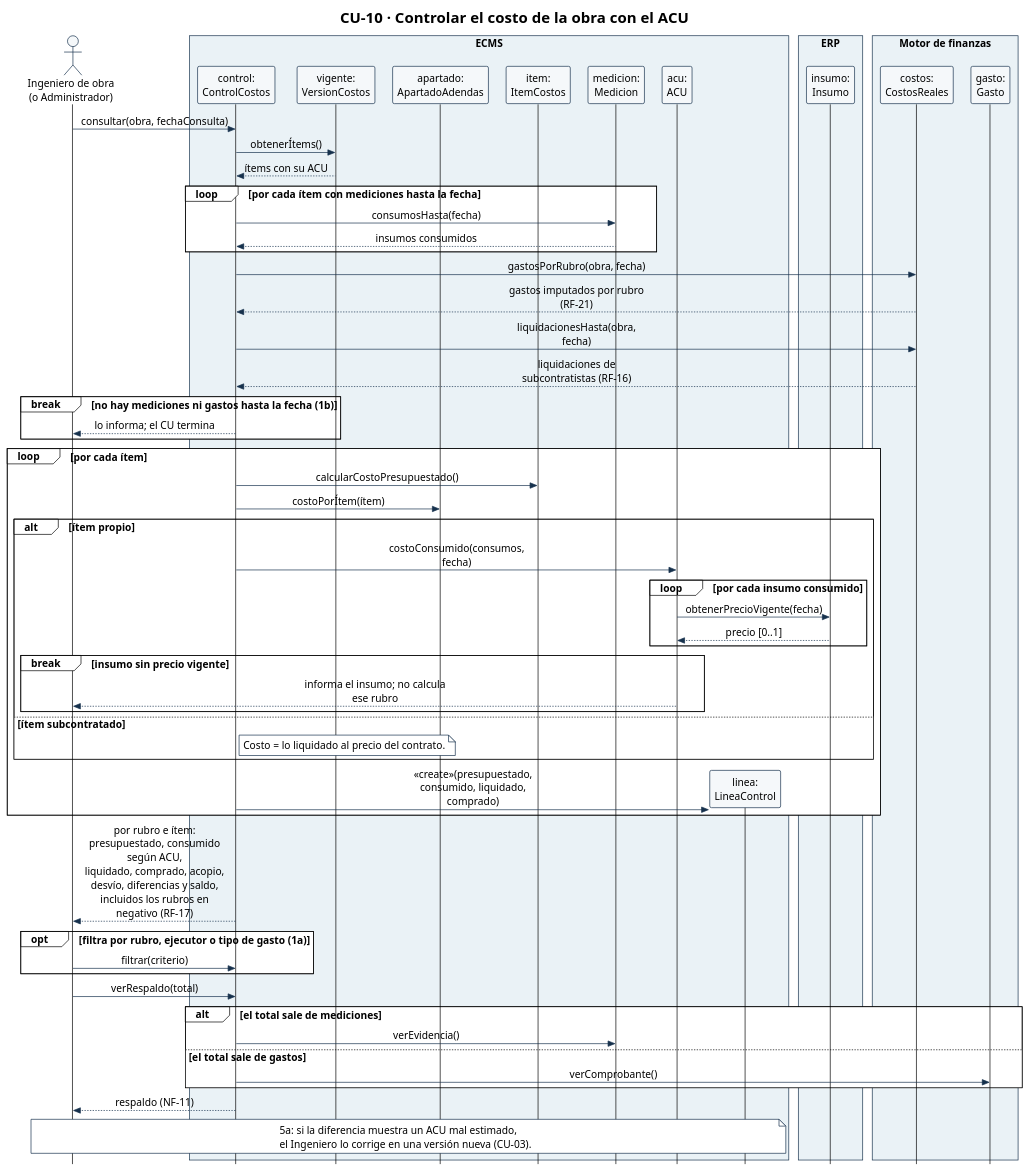
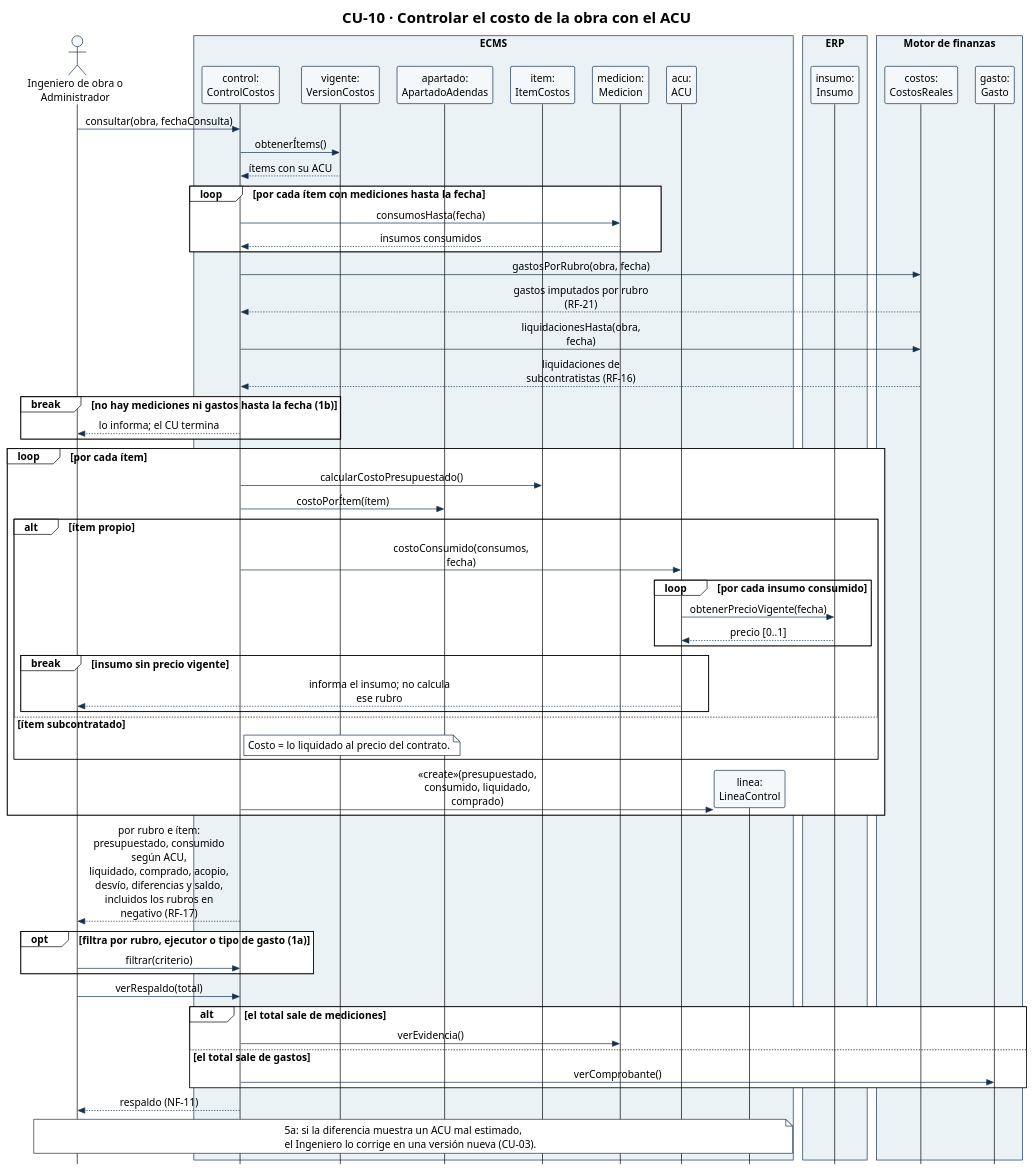
Before and after one commit to Ssrrb/tpf-uca: the diagram in diagramas/CU-10-secuencia.puml, drawn with PlantUML. The commit also changed 9 other files, not shown here.

```diff
--- a/diagramas/CU-10-secuencia.puml
+++ b/diagramas/CU-10-secuencia.puml
@@ -1,92 +1,92 @@
 @startuml
 !theme plain
 skinparam style strictuml
 skinparam shadowing false
 skinparam defaultFontName Arial
 skinparam defaultFontSize 15
 skinparam sequenceMessageAlign center
 skinparam maxMessageSize 220
 skinparam ParticipantPadding 8
 skinparam BoxPadding 6
 skinparam ParticipantBackgroundColor #F5F8FA
 skinparam ParticipantBorderColor #17324D
 skinparam ActorBorderColor #17324D
 skinparam ActorBackgroundColor #F5F8FA
 skinparam ArrowColor #17324D
 skinparam SequenceBoxBorderColor #17324D
 skinparam note {
   BackgroundColor #FFFFFF
   BorderColor #17324D
 }
 hide footbox
 title CU-10 · Controlar el costo de la obra con el ACU
-actor "Ingeniero de obra\n(o Administrador)" as Ing
+actor "Ingeniero de obra o\nAdministrador" as Ing
 box "ECMS" #EAF2F6
 participant "control:\nControlCostos" as Ctrl
 participant "vigente:\nVersionCostos" as VC
 participant "apartado:\nApartadoAdendas" as Apa
 participant "item:\nItemCostos" as Item
 participant "medicion:\nMedicion" as Med
 participant "acu:\nACU" as Acu
 participant "linea:\nLineaControl" as Lin
 end box
 box "ERP" #EAF2F6
 participant "insumo:\nInsumo" as Ins
 end box
 box "Motor de finanzas" #EAF2F6
 participant "costos:\nCostosReales" as CR
 participant "gasto:\nGasto" as G
 end box
 
 Ing -> Ctrl: consultar(obra, fechaConsulta)
 Ctrl -> VC: obtenerÍtems()
 VC --> Ctrl: ítems con su ACU
 loop por cada ítem con mediciones hasta la fecha
   Ctrl -> Med: consumosHasta(fecha)
   Med --> Ctrl: insumos consumidos
 end
 Ctrl -> CR: gastosPorRubro(obra, fecha)
 CR --> Ctrl: gastos imputados por rubro (RF-21)
 Ctrl -> CR: liquidacionesHasta(obra, fecha)
 CR --> Ctrl: liquidaciones de subcontratistas (RF-16)
 break no hay mediciones ni gastos hasta la fecha (1b)
   Ctrl --> Ing: lo informa; el CU termina
 end
 
 loop por cada ítem
   Ctrl -> Item: calcularCostoPresupuestado()
   Ctrl -> Apa: costoPorÍtem(ítem)
   alt ítem propio
     Ctrl -> Acu: costoConsumido(consumos, fecha)
     loop por cada insumo consumido
       Acu -> Ins: obtenerPrecioVigente(fecha)
       Ins --> Acu: precio [0..1]
     end
     break insumo sin precio vigente
       Acu --> Ing: informa el insumo; no calcula ese rubro
     end
   else ítem subcontratado
     note right of Ctrl
       Costo = lo liquidado al precio del contrato.
     end note
   end
   create Lin
   Ctrl -> Lin: «create»(presupuestado, consumido, liquidado, comprado)
 end
 Ctrl --> Ing: por rubro e ítem: presupuestado, consumido según ACU,\nliquidado, comprado, acopio, desvío, diferencias y saldo,\nincluidos los rubros en negativo (RF-17)
 
 opt filtra por rubro, ejecutor o tipo de gasto (1a)
   Ing -> Ctrl: filtrar(criterio)
 end
 Ing -> Ctrl: verRespaldo(total)
 alt el total sale de mediciones
   Ctrl -> Med: verEvidencia()
 else el total sale de gastos
   Ctrl -> G: verComprobante()
 end
 Ctrl --> Ing: respaldo (NF-11)
 note over Ing, Lin
   5a: si la diferencia muestra un ACU mal estimado,
   el Ingeniero lo corrige en una versión nueva (CU-03).
 end note
 @enduml
```
